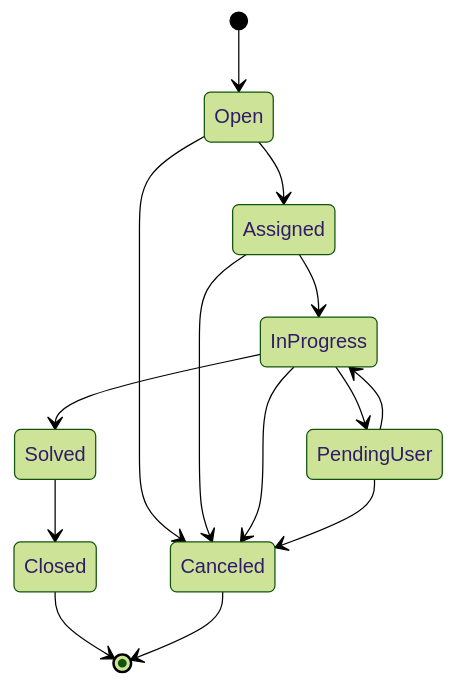
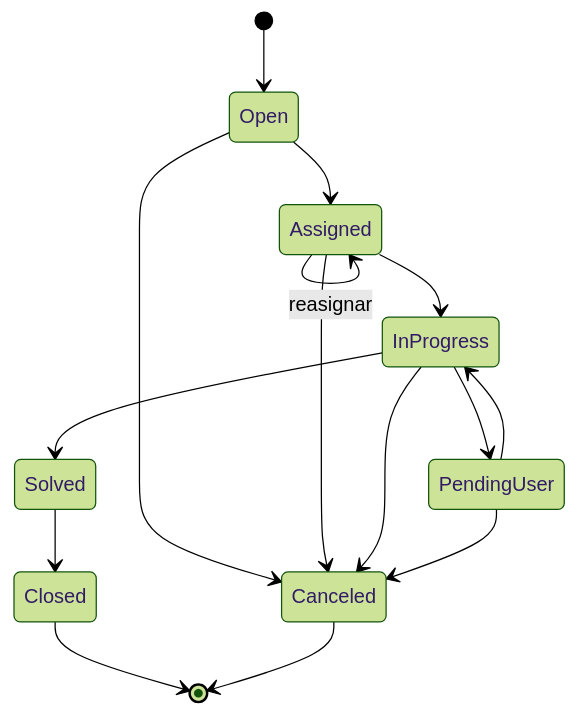
Before and after one commit to pedrolaralara/AI4Devs-finalproject: the diagram in PRD/PRD.md, drawn with Mermaid (forest theme). The commit also changed other lines of this file, not shown here.

````diff
--- a/PRD/PRD.md
+++ b/PRD/PRD.md
@@ -80,16 +103,17 @@
 ```mermaid
 stateDiagram-v2
     [*] --> Open
     Open --> Assigned
+    Assigned --> Assigned: reasignar
     Assigned --> InProgress
     InProgress --> PendingUser
     PendingUser --> InProgress
     InProgress --> Solved
     Solved --> Closed
     Open --> Canceled
     Assigned --> Canceled
     InProgress --> Canceled
     PendingUser --> Canceled
     Closed --> [*]
     Canceled --> [*]
 ```
````
